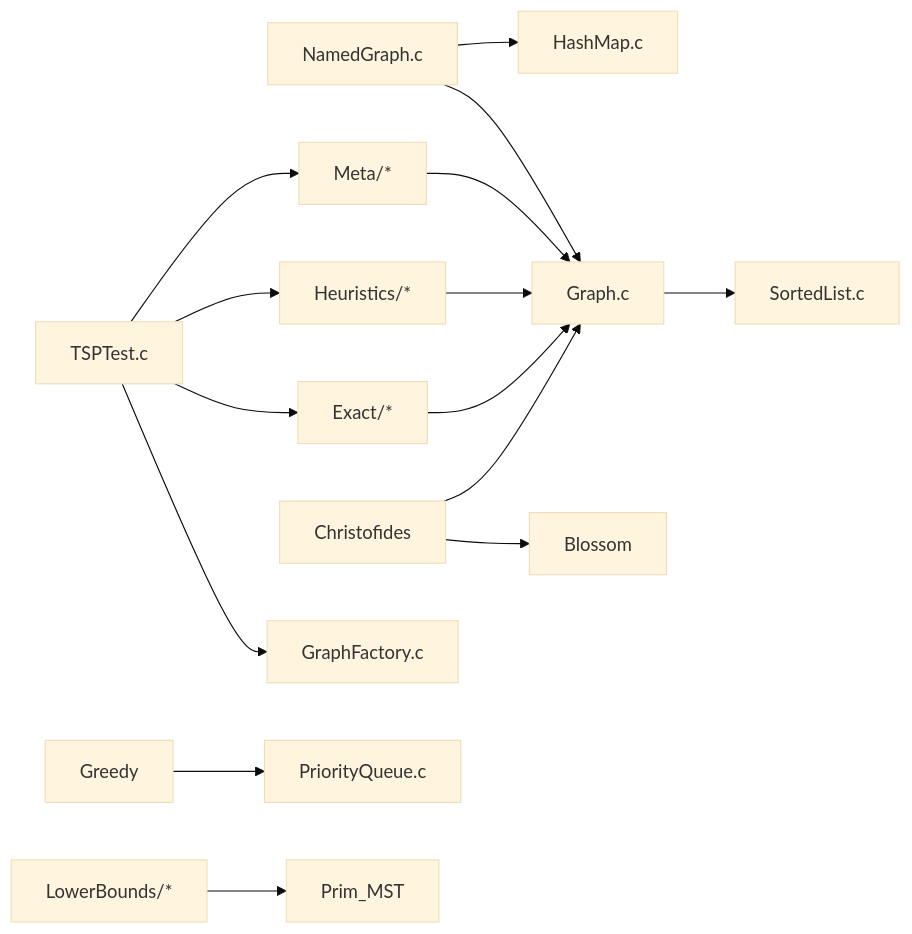
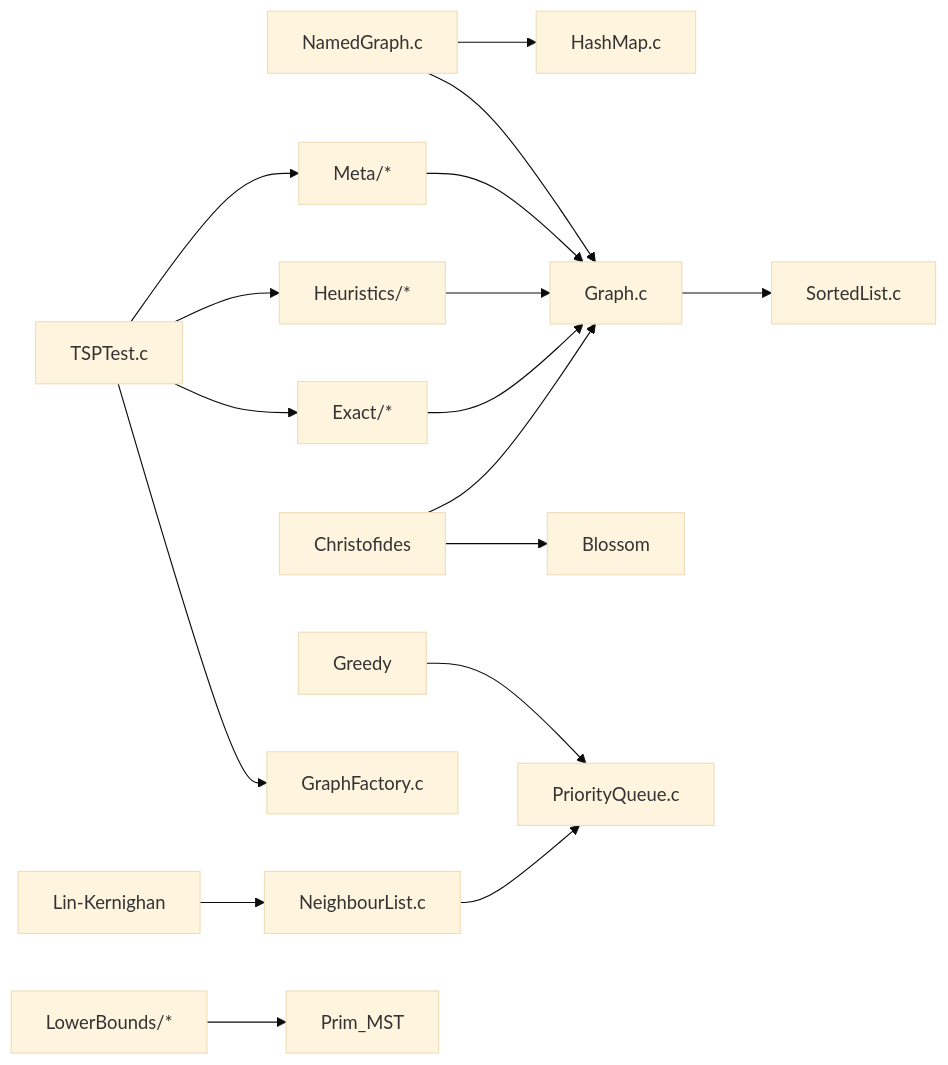
The third of 3 diagrams in docs/ARCHITECTURE.md (nelsonramosua/TSP), drawn with Mermaid (base theme) before and after one commit. The commit also changed other lines of this file and 16 other files, not shown here.

Commit message:
Add Lin-Kernighan and Tabu Search (metaheuristics)

````diff
--- a/docs/ARCHITECTURE.md
+++ b/docs/ARCHITECTURE.md
@@ -65,20 +68,22 @@
 ```mermaid
 graph LR
     Graph[Graph.c] --> SortedList[SortedList.c]
     NamedGraph[NamedGraph.c] --> Graph
     NamedGraph --> HashMap[HashMap.c]
     
     Exact[Exact/*] --> Graph
     Heuristic[Heuristics/*] --> Graph
     Meta[Meta/*] --> Graph
     
     Christofides[Christofides] --> Blossom[Blossom]
     Christofides[Christofides] --> Graph
     Greedy[Greedy] --> PriorityQueue[PriorityQueue.c]
+    LinKernighan[Lin-Kernighan] --> NeighbourList[NeighbourList.c]
+    NeighbourList --> PriorityQueue
     Bounds[LowerBounds/*] --> Prim[Prim_MST]
     
     Test[TSPTest.c] --> Factory[GraphFactory.c]
     Test --> Exact
     Test --> Heuristic
     Test --> Meta
 ```
````
